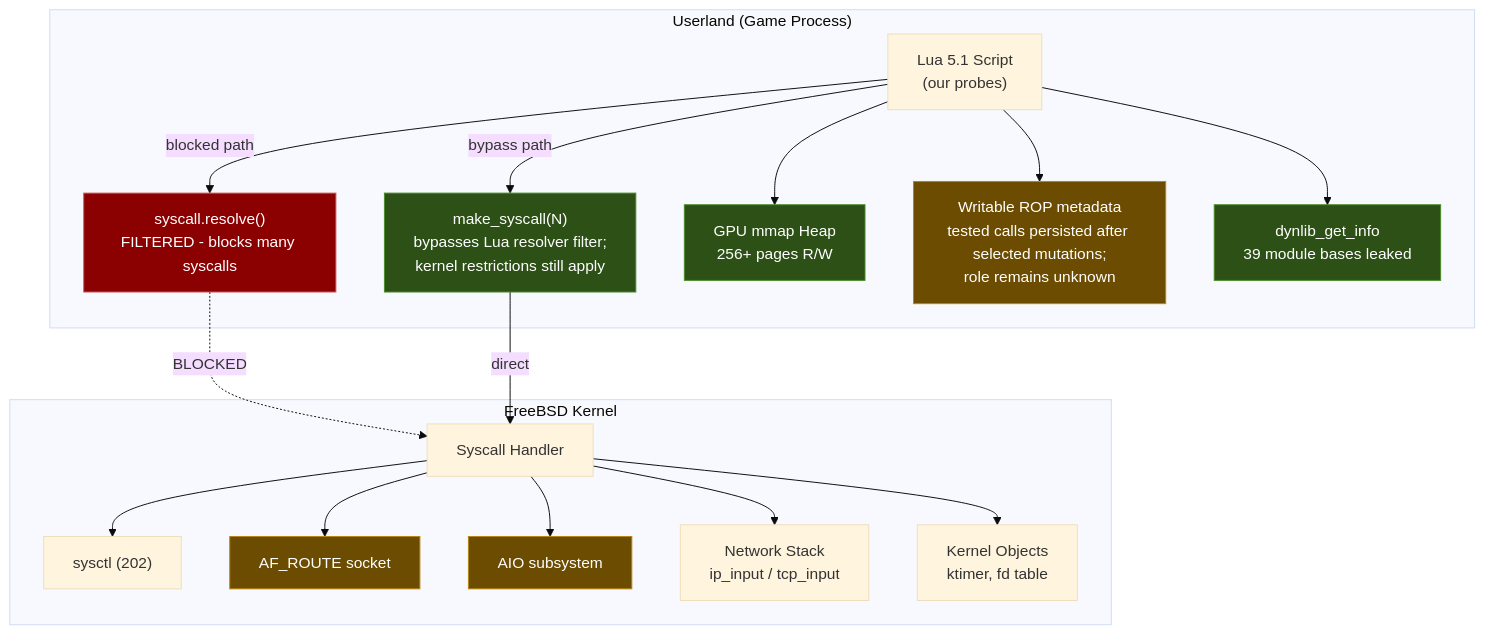
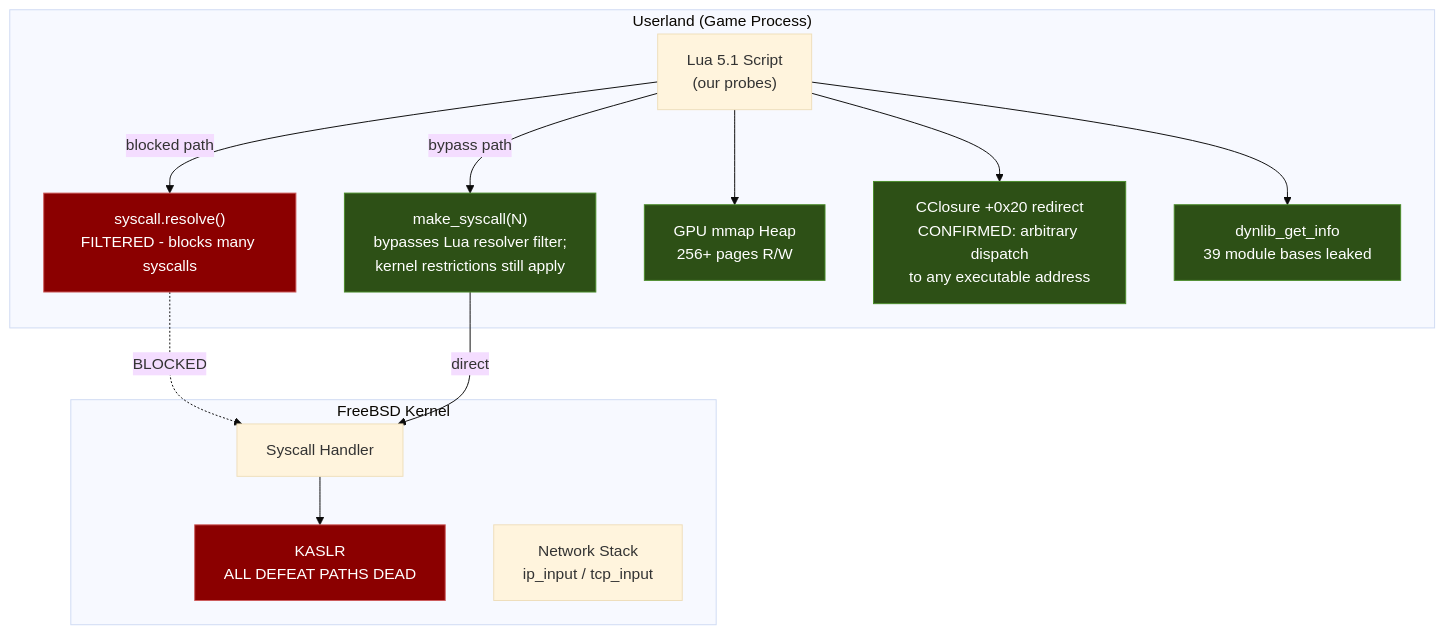
Before and after one commit to 0x7067/PS5-14.10-Research: the second of 3 diagrams in README.md, drawn with Mermaid (base theme). The commit also changed other lines of this file and 4 other files, not shown here.

````diff
--- a/README.md
+++ b/README.md
@@ -78,41 +123,33 @@
 ```mermaid
 graph TD
     subgraph Userland ["Userland (Game Process)"]
         LUA["Lua 5.1 Script<br/>(our probes)"]
         RESOLVE["syscall.resolve()<br/>FILTERED - blocks many syscalls"]
         MAKESYS["make_syscall(N)<br/>bypasses Lua resolver filter;<br/>kernel restrictions still apply"]
         HEAP["GPU mmap Heap<br/>256+ pages R/W"]
-        ROP["Writable ROP metadata<br/>tested calls persisted after selected mutations;<br/>role remains unknown"]
+        CCLOSURE["CClosure +0x20 redirect<br/>CONFIRMED: arbitrary dispatch<br/>to any executable address"]
         ASLR["dynlib_get_info<br/>39 module bases leaked"]
     end
 
     subgraph Kernel ["FreeBSD Kernel"]
+        KASLR["KASLR<br/>ALL DEFEAT PATHS DEAD"]
         SYSCALL["Syscall Handler"]
-        SYSCTL["sysctl (202)"]
-        ROUTE["AF_ROUTE socket"]
-        AIO["AIO subsystem"]
         NET["Network Stack<br/>ip_input / tcp_input"]
-        KOBJ["Kernel Objects<br/>ktimer, fd table"]
     end
 
     LUA -->|blocked path| RESOLVE
     RESOLVE -.->|"BLOCKED"| SYSCALL
     LUA -->|bypass path| MAKESYS
     MAKESYS -->|direct| SYSCALL
     LUA --> HEAP
-    LUA --> ROP
+    LUA --> CCLOSURE
     LUA --> ASLR
-    SYSCALL --> SYSCTL
-    SYSCALL --> ROUTE
-    SYSCALL --> AIO
-    SYSCALL --> NET
-    SYSCALL --> KOBJ
+    SYSCALL --> KASLR
 
     style RESOLVE fill:#8b0000,stroke:#cd5c5c,color:#fff
     style MAKESYS fill:#2d5016,stroke:#4a8c2a,color:#fff
     style HEAP fill:#2d5016,stroke:#4a8c2a,color:#fff
-    style ROP fill:#6b4c00,stroke:#b8860b,color:#fff
+    style CCLOSURE fill:#2d5016,stroke:#4a8c2a,color:#fff
     style ASLR fill:#2d5016,stroke:#4a8c2a,color:#fff
-    style ROUTE fill:#6b4c00,stroke:#b8860b,color:#fff
-    style AIO fill:#6b4c00,stroke:#b8860b,color:#fff
+    style KASLR fill:#8b0000,stroke:#cd5c5c,color:#fff
 ```
````
